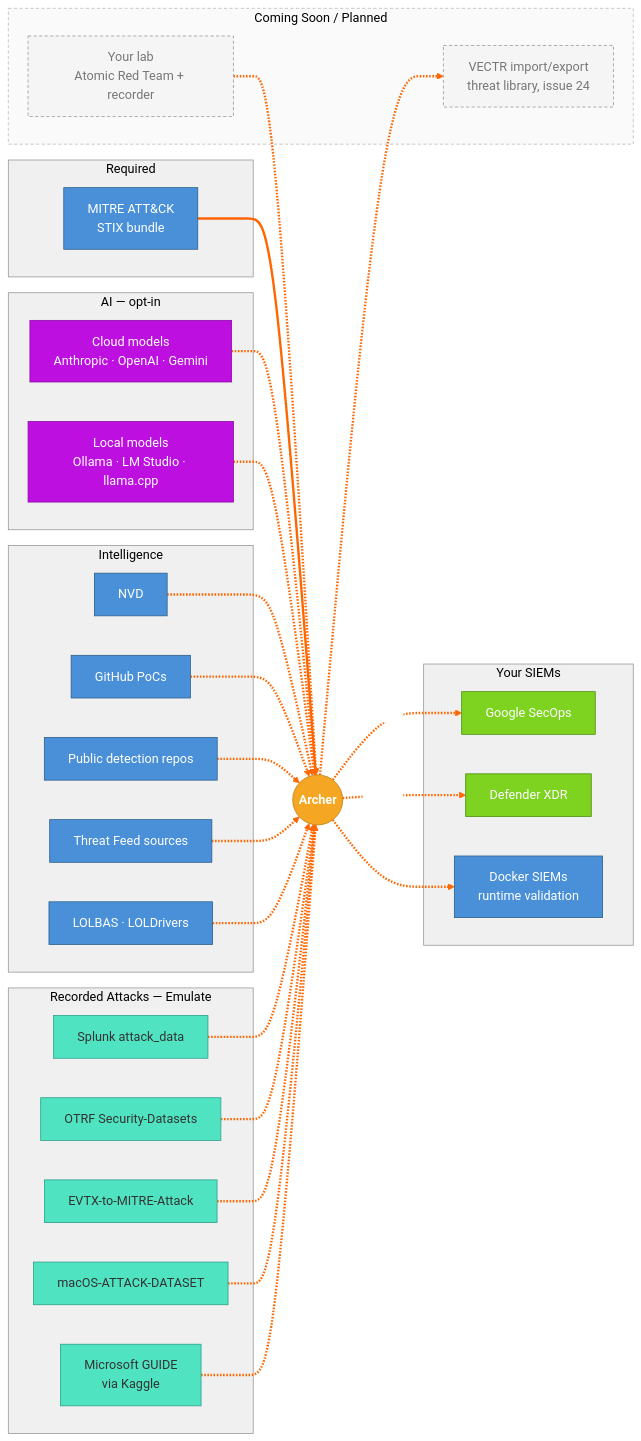
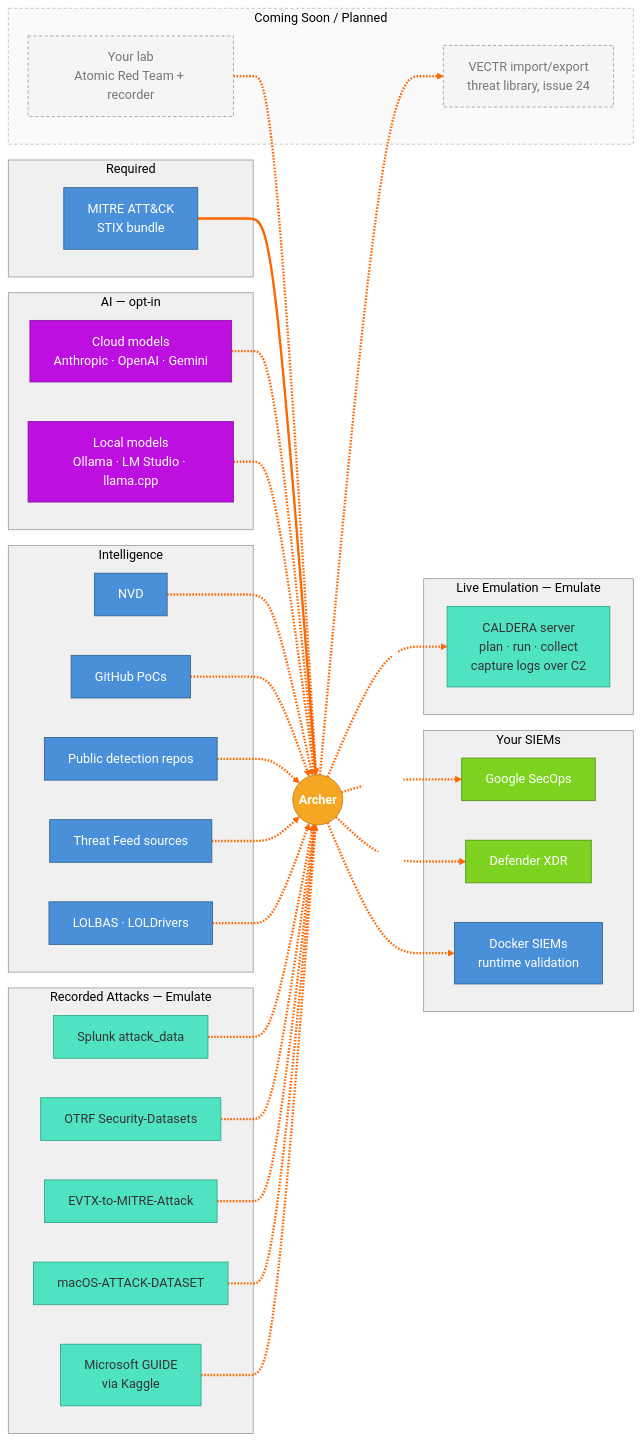
The diagram in docs/architecture/mermaid/09_6_integration_map_external_systems.md (cmdaltr/shikari), drawn with Mermaid before and after one commit. The commit also changed other lines of this file and 12 other files, not shown here.

First line of the commit message:
docs(caldera): weave CALDERA through the architecture diagrams, guides and video

````diff
--- a/docs/architecture/mermaid/09_6_integration_map_external_systems.md
+++ b/docs/architecture/mermaid/09_6_integration_map_external_systems.md
@@ -5,73 +5,79 @@
 ```mermaid
 %%{init: {'theme': 'base', 'themeVariables': {'lineColor': '#ff6600', 'edgeLabelBackground': '#ffffff', 'primaryColor': '#4a90d9', 'primaryTextColor': '#ffffff', 'primaryBorderColor': '#2c5f8a', 'secondaryColor': '#e8e8e8', 'tertiaryColor': '#f5f5f5', 'clusterBkg': '#f0f0f0', 'clusterBorder': '#999999', 'titleColor': '#000000', 'nodeTextColor': '#000000', 'background': '#ffffff'}}}%%
 graph LR
     ARCHER(("<b>Archer</b>"))
 
     subgraph REQ ["Required"]
         STIX["MITRE ATT&CK<br/>STIX bundle"]
     end
 
     subgraph AI ["AI — opt-in"]
         CLOUD["Cloud models<br/>Anthropic · OpenAI · Gemini"]
         LOCAL["Local models<br/>Ollama · LM Studio · llama.cpp"]
     end
 
     subgraph INTEL ["Intelligence"]
         NVD["NVD"]
         GHPOC["GitHub PoCs"]
         RULES["Public detection repos"]
         FEEDS["Threat Feed sources"]
         LOL["LOLBAS · LOLDrivers"]
     end
 
     subgraph TEL ["Recorded Attacks — Emulate"]
         SPL["Splunk attack_data"]
         OTRF["OTRF Security-Datasets"]
         EVTX["EVTX-to-MITRE-Attack"]
         MAC["macOS-ATTACK-DATASET"]
         GUIDE["Microsoft GUIDE<br/>via Kaggle"]
     end
 
     subgraph SIEM ["Your SIEMs"]
         SECOPS["Google SecOps"]
         MDE["Defender XDR"]
         DOCKER["Docker SIEMs<br/>runtime validation"]
     end
 
+    subgraph EMU ["Live Emulation — Emulate"]
+        CALDERA["CALDERA server<br/>plan · run · collect<br/>capture logs over C2"]
+    end
+
     subgraph SOON ["Coming Soon / Planned"]
         LAB["Your lab<br/>Atomic Red Team + recorder"]
         VECTR["VECTR import/export<br/>threat library, issue 24"]
     end
 
     STIX --> ARCHER
     CLOUD -.-> ARCHER
     LOCAL -.-> ARCHER
     NVD -.-> ARCHER
     GHPOC -.-> ARCHER
     RULES -.-> ARCHER
     FEEDS -.-> ARCHER
     LOL -.-> ARCHER
     SPL & OTRF & EVTX & MAC -.-> ARCHER
     GUIDE -.-> ARCHER
     ARCHER -.->|"queries"| SECOPS
     ARCHER -.->|"queries"| MDE
     ARCHER -.-> DOCKER
+    ARCHER -.->|"REST"| CALDERA
     LAB -.-> ARCHER
     ARCHER -.-> VECTR
 
     style ARCHER fill:#f5a623,stroke:#c17d10,color:#fff
     style STIX fill:#4a90d9,stroke:#2c5f8a,color:#fff
     style CLOUD fill:#bd10e0,stroke:#8a0ba5,color:#fff
     style LOCAL fill:#bd10e0,stroke:#8a0ba5,color:#fff
     style SECOPS fill:#7ed321,stroke:#4a8c0f,color:#fff
     style MDE fill:#7ed321,stroke:#4a8c0f,color:#fff
+    style CALDERA fill:#50e3c2,stroke:#2ca089,color:#333
     style SPL fill:#50e3c2,stroke:#2ca089,color:#333
     style OTRF fill:#50e3c2,stroke:#2ca089,color:#333
     style EVTX fill:#50e3c2,stroke:#2ca089,color:#333
     style MAC fill:#50e3c2,stroke:#2ca089,color:#333
     style GUIDE fill:#50e3c2,stroke:#2ca089,color:#333
     style SOON fill:#fafafa,stroke:#bbb,stroke-dasharray:4 3
     style LAB fill:#f5f5f5,stroke:#999,stroke-dasharray:4 3,color:#777
     style VECTR fill:#f5f5f5,stroke:#999,stroke-dasharray:4 3,color:#777
     linkStyle default stroke:#ff6600,stroke-width:3px
 ```
````
